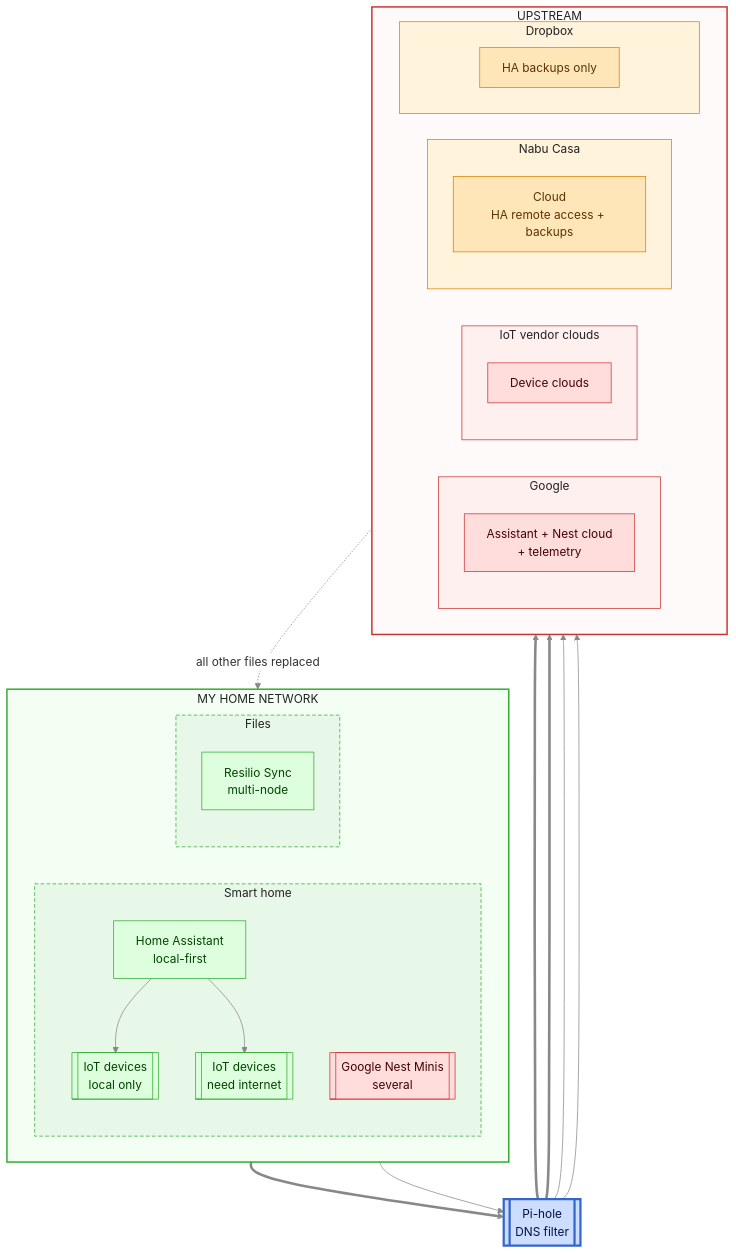
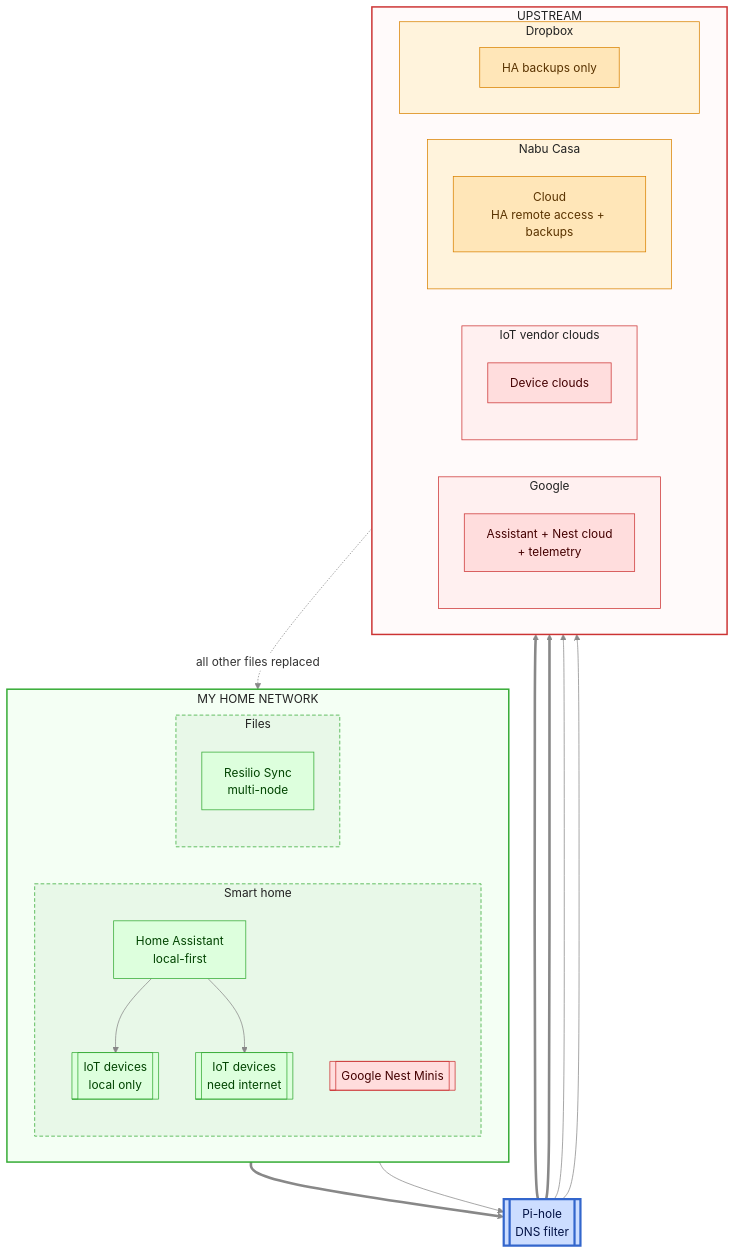
Before and after one commit to lowlydba/torch-the-tech: the third of 5 diagrams in README.md, drawn with Mermaid.

Commit message:
Remove 'several' from Nest Minis

````diff
--- a/README.md
+++ b/README.md
@@ -170,78 +170,78 @@
 ```mermaid
 ---
 config:
   theme: base
   themeVariables:
     textColor: '#222222'
     titleColor: '#222222'
     edgeLabelBackground: '#ffffff'
     lineColor: '#888888'
 ---
 flowchart TB
     subgraph home["MY HOME NETWORK"]
         direction LR
 
         subgraph h_smart["Smart home"]
             direction TB
             ha[Home Assistant<br/>local-first]
             iot_l[[IoT devices<br/>local only]]
             iot_c[[IoT devices<br/>need internet]]
             ha --> iot_l
             ha --> iot_c
-            nest[[Google Nest Minis<br/>several]]
+            nest[[Google Nest Minis]]
         end
 
         subgraph h_files["Files"]
             direction TB
             resilio[Resilio Sync<br/>multi-node]
         end
     end
 
     pihole[[Pi-hole<br/>DNS filter]]
 
     subgraph out["UPSTREAM"]
         direction LR
 
         subgraph google["Google"]
             gcloud[Assistant + Nest cloud<br/>+ telemetry]
         end
 
         subgraph vendors["IoT vendor clouds"]
             vcloud[Device clouds]
         end
 
         subgraph nabu["Nabu Casa"]
             nabucloud[Cloud<br/>HA remote access + backups]
         end
 
         subgraph dropbox["Dropbox"]
             dbx[HA backups only]
         end
     end
 
     h_smart ==> pihole
     h_files --> pihole
     pihole ==> google
     pihole ==> vendors
     pihole --> nabu
     pihole --> dropbox
 
     dbx -. "all other files replaced" .-> resilio
 
     classDef big fill:#fdd,stroke:#c33,color:#400
     classDef self fill:#dfd,stroke:#3a3,color:#040
     classDef gate fill:#cdf,stroke:#36c,stroke-width:3px,color:#014
     classDef hosted fill:#ffe6b8,stroke:#d98200,color:#5a3300
     class vcloud,nest,gcloud big
     class nabucloud,dbx hosted
     class ha,iot_l,iot_c,resilio self
     class pihole gate
     style home fill:#f4fff4,stroke:#3a3,stroke-width:2px,color:#222
     style out fill:#fffafa,stroke:#c33,stroke-width:2px,color:#222
     style h_smart fill:#e8f8e8,stroke:#3a3,stroke-dasharray: 5 3,color:#222
     style h_files fill:#e8f8e8,stroke:#3a3,stroke-dasharray: 5 3,color:#222
     style vendors fill:#fff0f0,stroke:#c33,color:#222
     style google fill:#fff0f0,stroke:#c33,color:#222
     style nabu fill:#fff3dc,stroke:#d98200,color:#222
     style dropbox fill:#fff3dc,stroke:#d98200,color:#222
 ```
````
